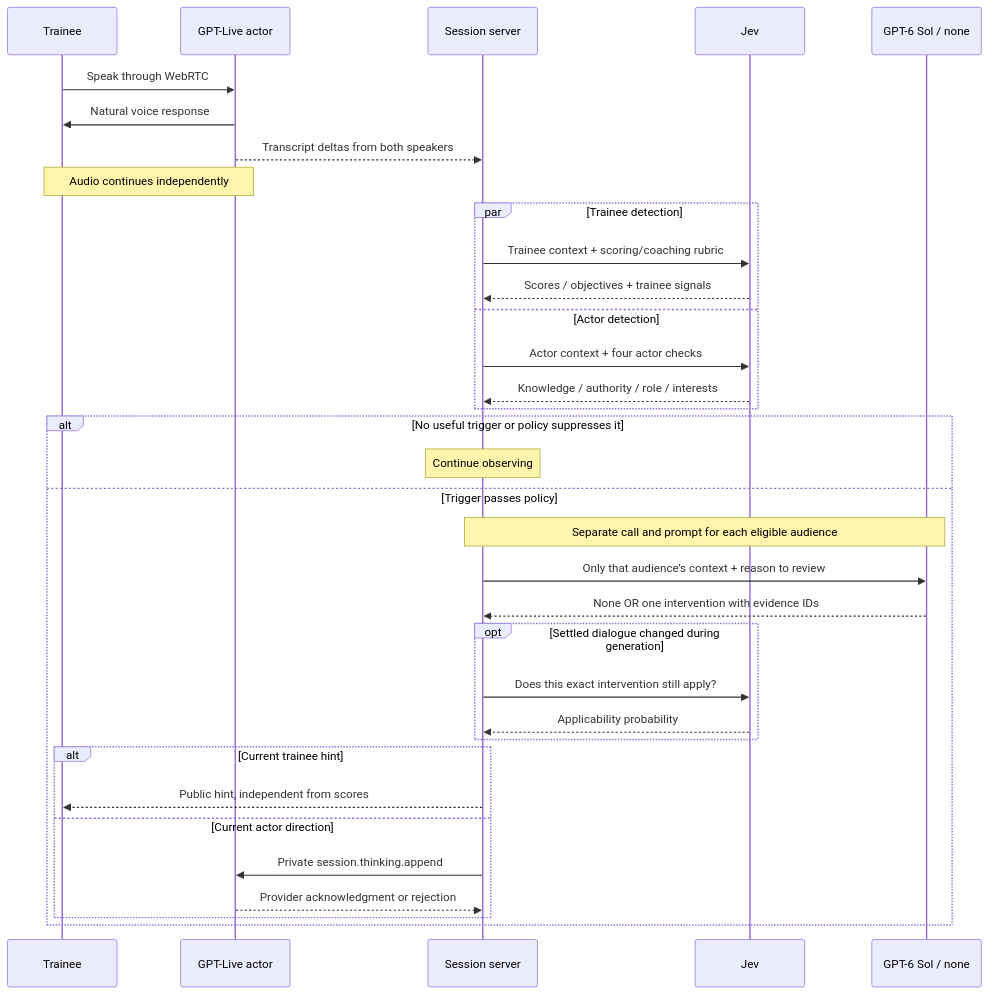
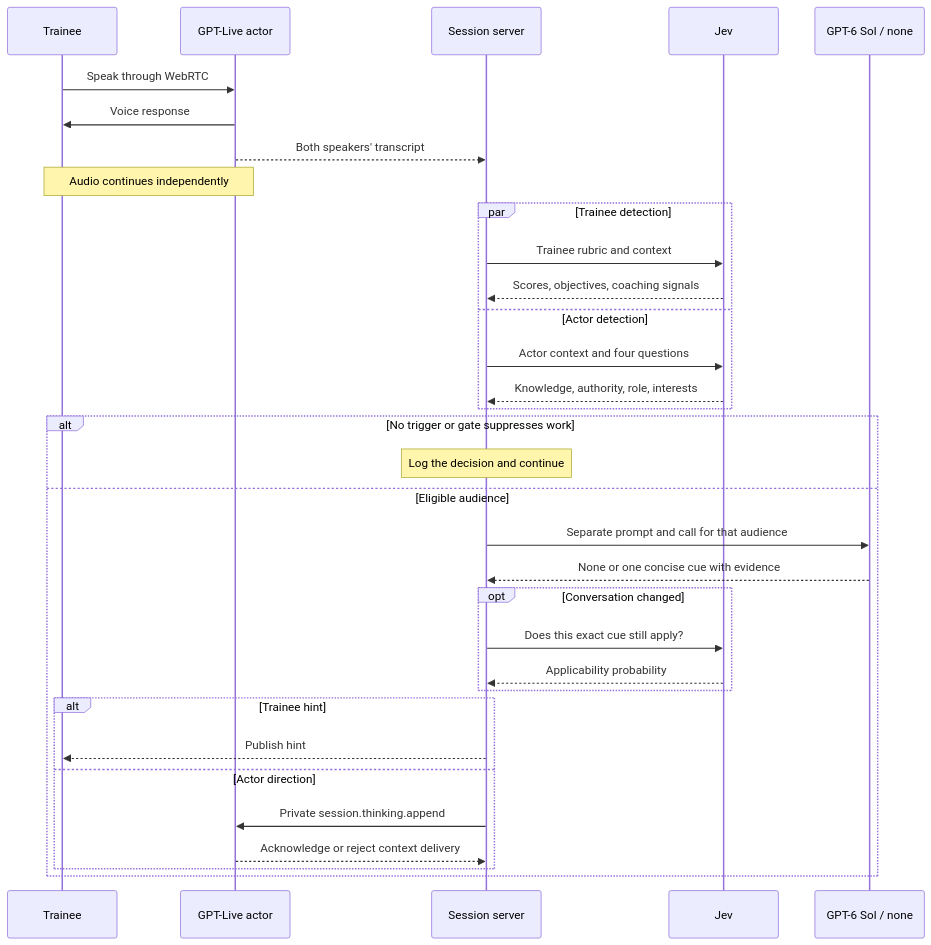
One commit to DroopyTersen/out-of-character changed the diagram in docs/solutioning/simulator-contextual-director-plan.md. Above: the diagram before and after it, drawn with Mermaid. The commit also changed other lines of this file and 13 other files, not shown here.

Commit message:
Keep live cues concise and log review decisions

````diff
--- a/docs/solutioning/simulator-contextual-director-plan.md
+++ b/docs/solutioning/simulator-contextual-director-plan.md
@@ -15,36 +9,35 @@
 ```mermaid
 sequenceDiagram
     participant U as Trainee
     participant V as GPT-Live actor
     participant S as Session server
     participant J as Jev
     participant D as GPT-6 Sol / none
     U->>V: Speak through WebRTC
-    V->>U: Natural voice response
-    V-->>S: Transcript deltas from both speakers
+    V->>U: Voice response
+    V-->>S: Both speakers' transcript
     Note over U,V: Audio continues independently
     par Trainee detection
-        S->>J: Trainee context + scoring/coaching rubric
-        J-->>S: Scores / objectives + trainee signals
+        S->>J: Trainee rubric and context
+        J-->>S: Scores, objectives, coaching signals
     and Actor detection
-        S->>J: Actor context + four actor checks
-        J-->>S: Knowledge / authority / role / interests
+        S->>J: Actor context and four questions
+        J-->>S: Knowledge, authority, role, interests
     end
-    alt No useful trigger or policy suppresses it
-        Note over S: Continue observing
-    else Trigger passes policy
-        Note over S,D: Separate call and prompt for each eligible audience
-        S->>D: Only that audience’s context + reason to review
-        D-->>S: None OR one intervention with evidence IDs
-        opt Settled dialogue changed during generation
-            S->>J: Does this exact intervention still apply?
+    alt No trigger or gate suppresses work
+        Note over S: Log the decision and continue
+    else Eligible audience
+        S->>D: Separate prompt and call for that audience
+        D-->>S: None or one concise cue with evidence
+        opt Conversation changed
+            S->>J: Does this exact cue still apply?
             J-->>S: Applicability probability
         end
-        alt Current trainee hint
-            S-->>U: Public hint, independent from scores
-        else Current actor direction
+        alt Trainee hint
+            S-->>U: Publish hint
+        else Actor direction
             S->>V: Private session.thinking.append
-            V-->>S: Provider acknowledgment or rejection
+            V-->>S: Acknowledge or reject context delivery
         end
     end
 ```
````
